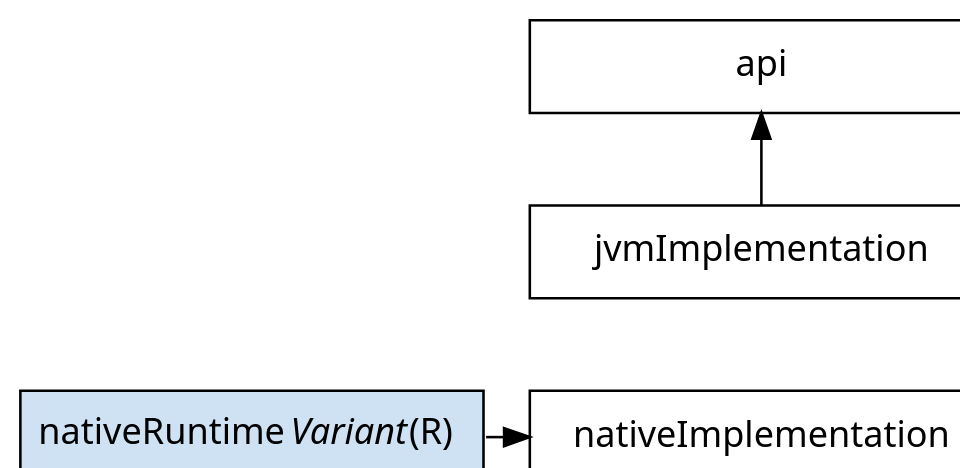
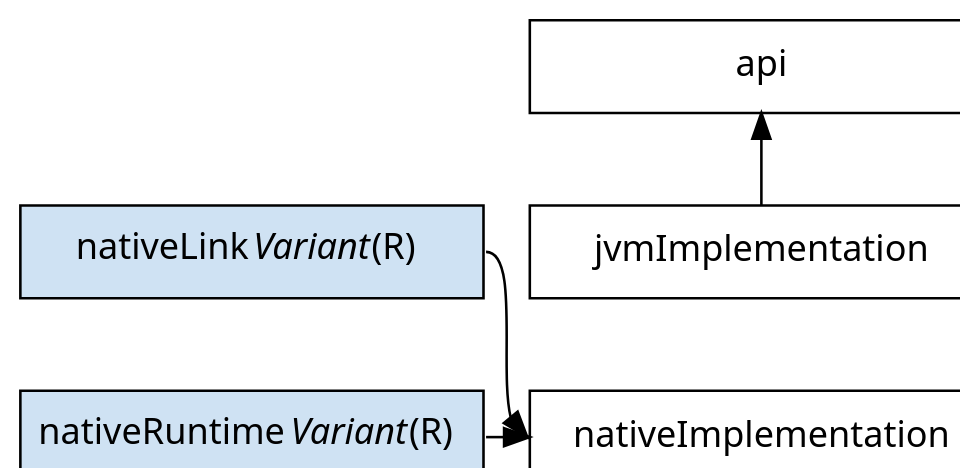
Before and after one commit to nokeedev/gradle-native: the diagram in subprojects/docs/src/docs/manual/img/jni-library-configurations.dot, drawn with Graphviz. The commit also changed 30 other files, not shown here.

```diff
--- a/subprojects/docs/src/docs/manual/img/jni-library-configurations.dot
+++ b/subprojects/docs/src/docs/manual/img/jni-library-configurations.dot
@@ -1,22 +1,25 @@
 digraph jniLibraryConfigurations {
 	graph [ dpi = 100, fontname="Sans"];
 	node [fontname = "Sans"];
 	edge [fontname = "Sans"];
 	node [shape=rectangle, fixedsize=true, width=2.5, height=0.5];
 
 	subgraph central {
-	node[style=filled, fillcolor=white]
-	api -> jvmImplementation -> nativeImplementation [style=invis, weight=1000]
-	jvmImplementation -> api [headport=s, tailport=n]
+		node[style=filled, fillcolor=white]
+		api -> jvmImplementation -> nativeImplementation [style=invis, weight=1000]
+		jvmImplementation -> api [headport=s, tailport=n]
 	}
 
 	subgraph left {
-	node[style=filled, fillcolor="#cfe2f3"]
-	nativeRuntimeVariant[label=<nativeRuntime<i>Variant</i> (R)>]
+		node[style=filled, fillcolor="#cfe2f3"]
+		nativeLink[label=<nativeLink<i>Variant</i> (R)>]
+		nativeRuntime[label=<nativeRuntime<i>Variant</i> (R)>]
+
+		nativeLink -> nativeRuntime [style=invis]
 	}
 
 	// Ensure the order is preserved
-  {rank=same nativeImplementation nativeRuntimeVariant}
+	{rank=same nativeImplementation nativeRuntime}
 
-	{nativeRuntimeVariant} -> nativeImplementation [headport=w, tailport=e]
+	{nativeLink nativeRuntime} -> nativeImplementation [headport=w, tailport=e]
 }
```
